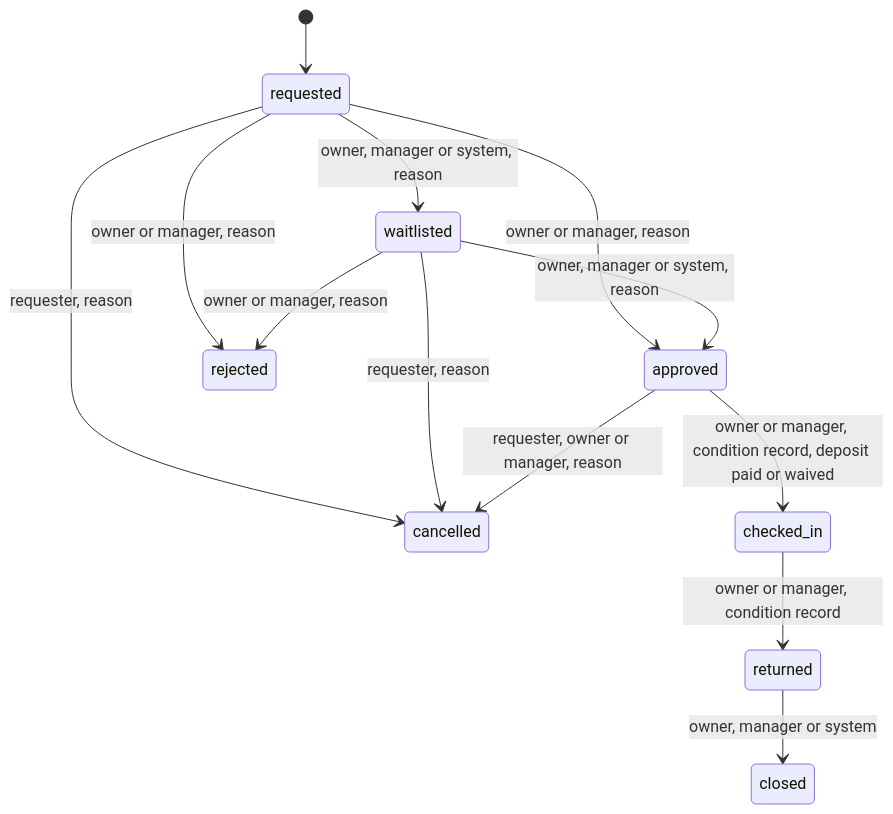
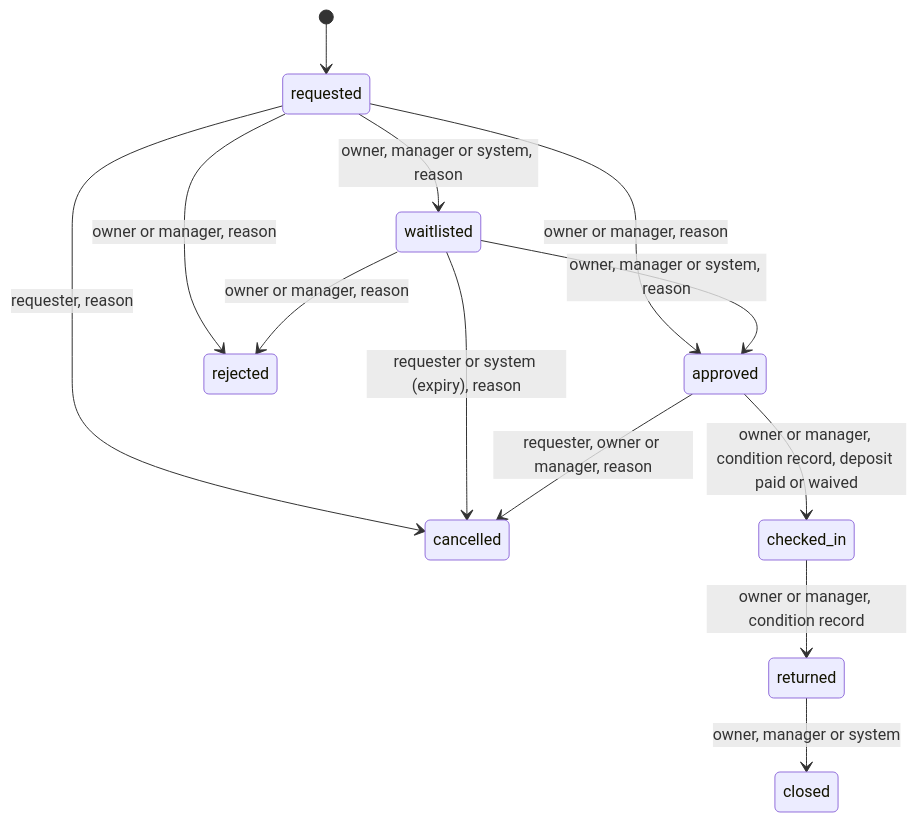
One commit to SAINADHPERURI/SpareSlot changed the diagram in docs/SPEC.md. Above: the diagram before and after it, drawn with Mermaid. The commit also changed other lines of this file and 3 other files, not shown here.

````diff
--- a/docs/SPEC.md
+++ b/docs/SPEC.md
@@ -52,15 +52,15 @@
 ```mermaid
 stateDiagram-v2
     [*] --> requested
     requested --> approved: owner or manager, reason
     requested --> rejected: owner or manager, reason
     requested --> waitlisted: owner, manager or system, reason
     requested --> cancelled: requester, reason
     waitlisted --> approved: owner, manager or system, reason
     waitlisted --> rejected: owner or manager, reason
-    waitlisted --> cancelled: requester, reason
+    waitlisted --> cancelled: requester or system (expiry), reason
     approved --> checked_in: owner or manager, condition record, deposit paid or waived
     approved --> cancelled: requester, owner or manager, reason
     checked_in --> returned: owner or manager, condition record
     returned --> closed: owner, manager or system
 ```
````
